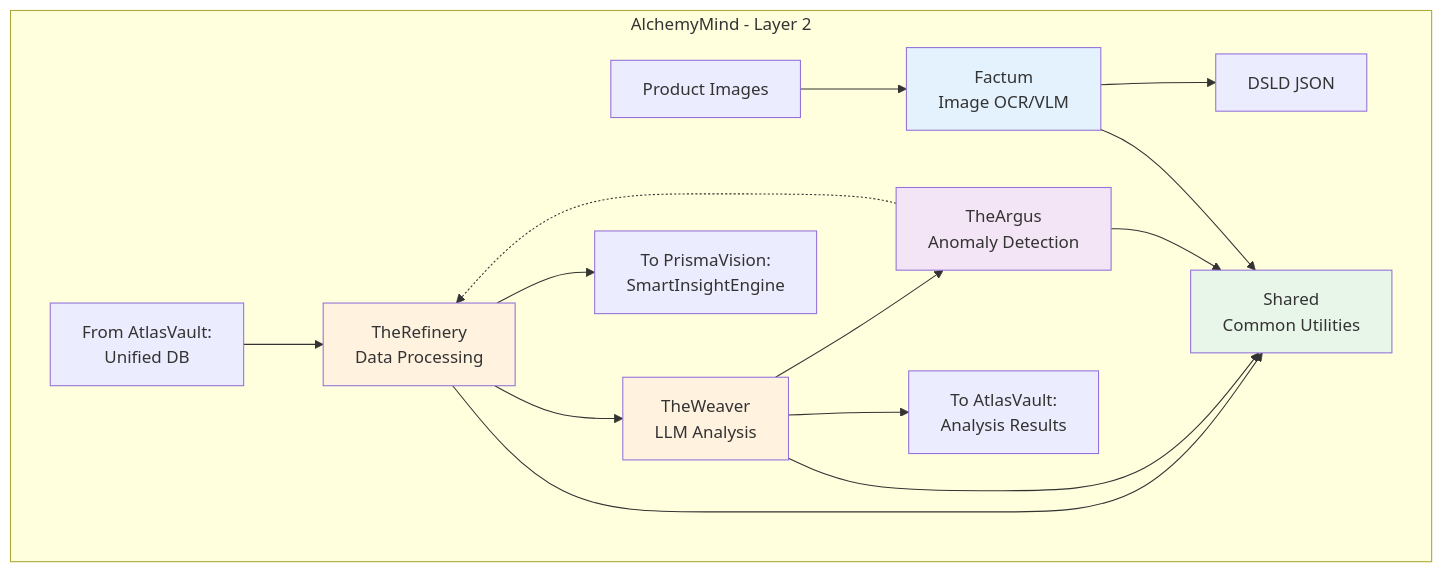
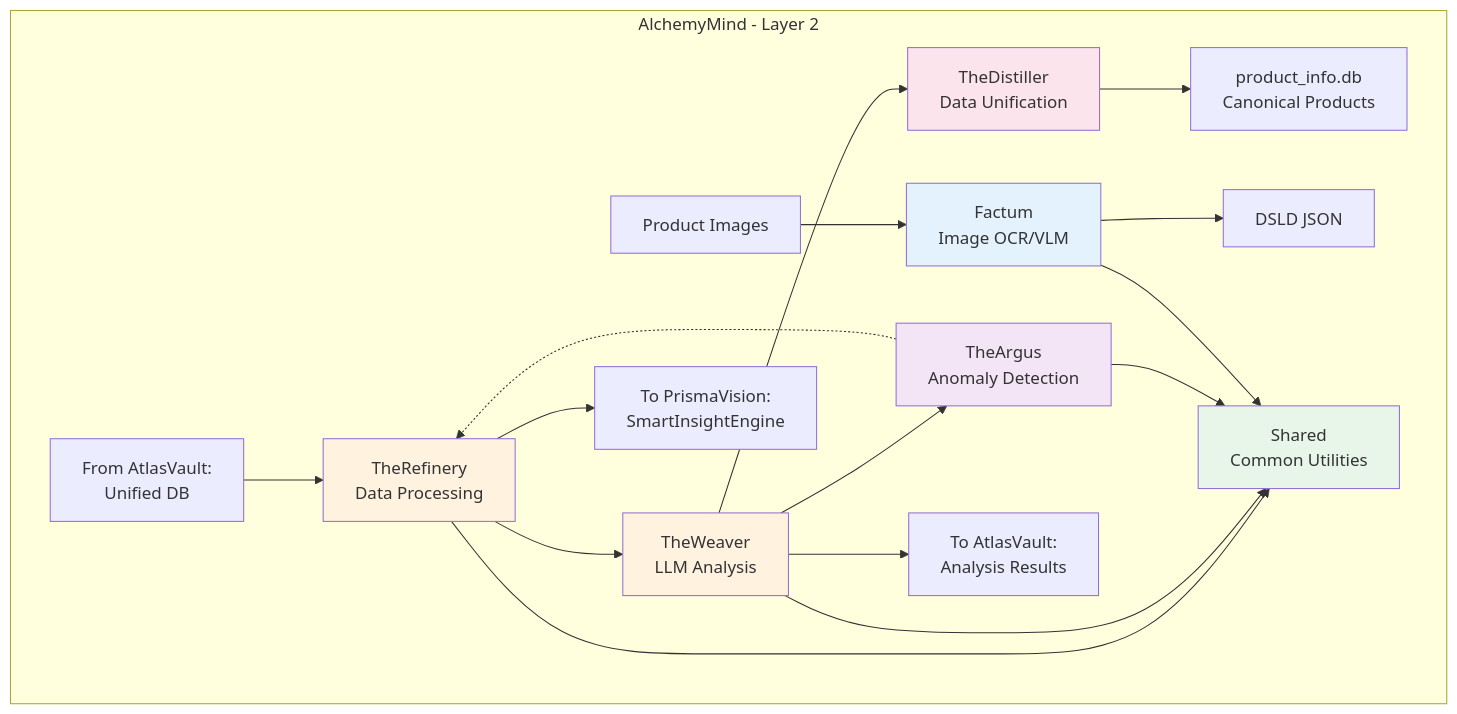
Before and after one commit to mapleelpam/LuminNexus-LearningMap: the first of 2 diagrams in projects/alchemymind/00_overview.md, drawn with Mermaid. The commit also changed other lines of this file and 2 other files, not shown here.

First line of the commit message:
docs: Update projects README status table; add TheDistiller to AlchemyMind overview

````diff
--- a/projects/alchemymind/00_overview.md
+++ b/projects/alchemymind/00_overview.md
@@ -49,35 +49,40 @@
 ```mermaid
 graph TB
     subgraph "AlchemyMind - Layer 2"
         IN[From AtlasVault:<br/>Unified DB]
         IMG[Product Images]
 
         R[TheRefinery<br/>Data Processing]
         W[TheWeaver<br/>LLM Analysis]
         A[TheArgus<br/>Anomaly Detection]
+        D[TheDistiller<br/>Data Unification]
         F[Factum<br/>Image OCR/VLM]
         S[Shared<br/>Common Utilities]
 
         IN --> R
         R --> W
         W --> A
         A -.-> R
+
+        W --> D
+        D --> PDB[product_info.db<br/>Canonical Products]
 
         IMG --> F
         F --> DSLD[DSLD JSON]
 
         R --> S
         W --> S
         A --> S
         F --> S
 
         W --> OUT1[To AtlasVault:<br/>Analysis Results]
         R --> OUT2[To PrismaVision:<br/>SmartInsightEngine]
     end
 
     style R fill:#fff3e0
     style W fill:#fff3e0
     style A fill:#f3e5f5
+    style D fill:#fce4ec
     style F fill:#e3f2fd
     style S fill:#e8f5e9
 ```
````
